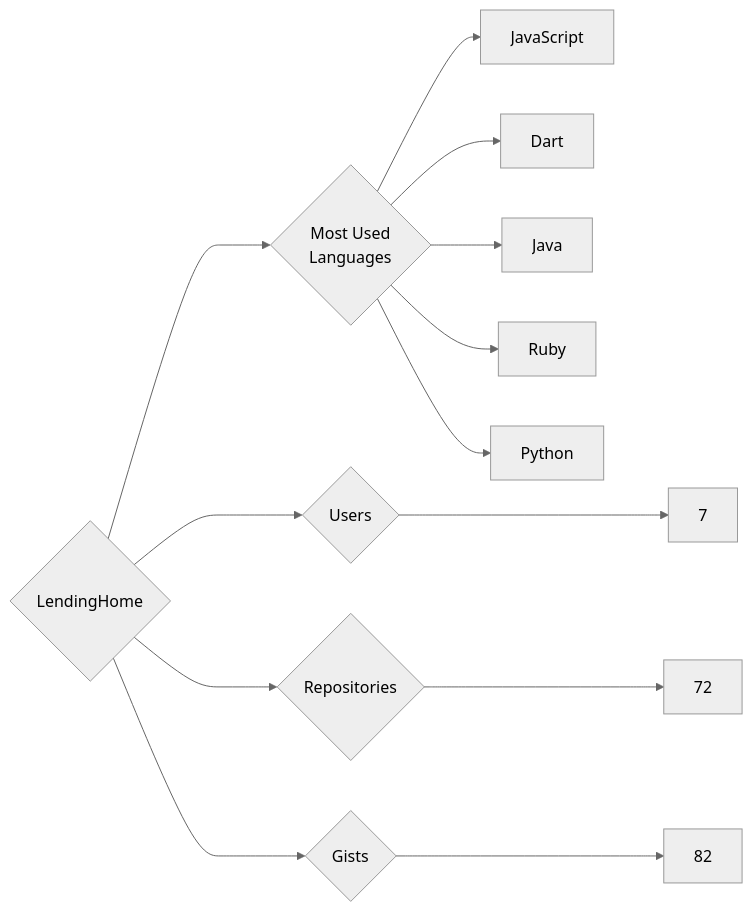
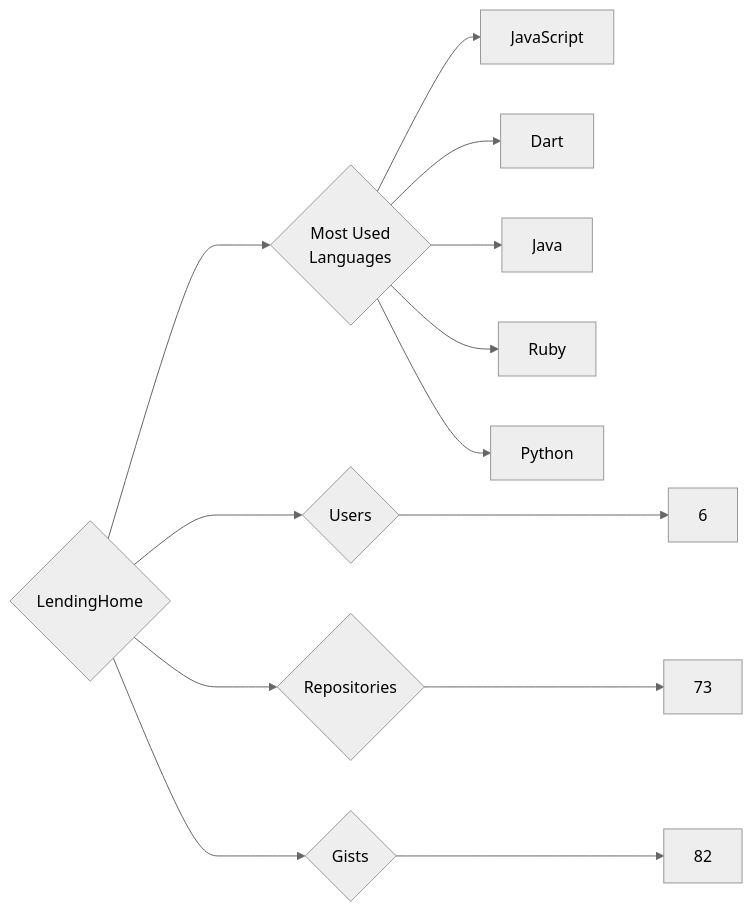
One commit to trickest/insiders changed the diagram in targets/LendingHome/README.md. Above: the diagram before and after it, drawn with Mermaid (neutral theme). The commit also changed 633 other files, not shown here.

````diff
--- a/targets/LendingHome/README.md
+++ b/targets/LendingHome/README.md
@@ -3,13 +3,13 @@
 ```mermaid
 graph LR
 COMPANY_NAME{LendingHome}
-COMPANY_NAME ---> U{Users} ---> UN[7]
-COMPANY_NAME ---> R{Repositories} ---> RN[72]
+COMPANY_NAME ---> U{Users} ---> UN[6]
+COMPANY_NAME ---> R{Repositories} ---> RN[73]
 COMPANY_NAME ---> G{Gists} ---> GN[82]
 COMPANY_NAME ---> ML{Most Used<br>Languages}
 ML --> JavaScript[JavaScript]
 ML --> Dart[Dart]
 ML --> Java[Java]
 ML --> Ruby[Ruby]
 ML --> Python[Python]
 ```
````
